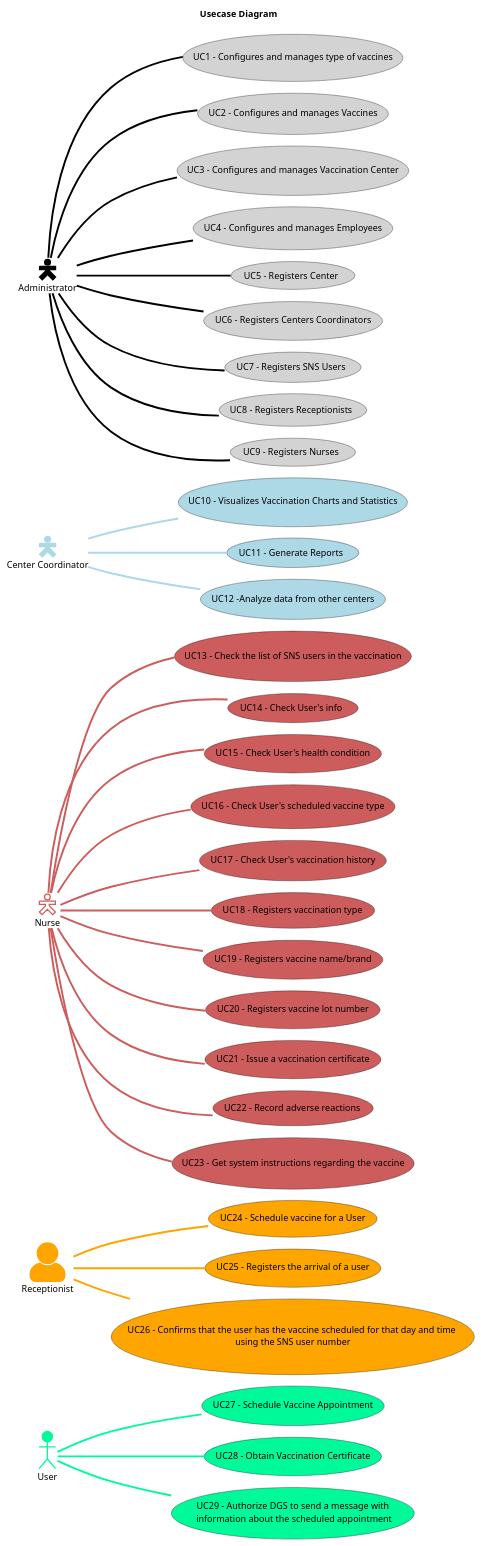
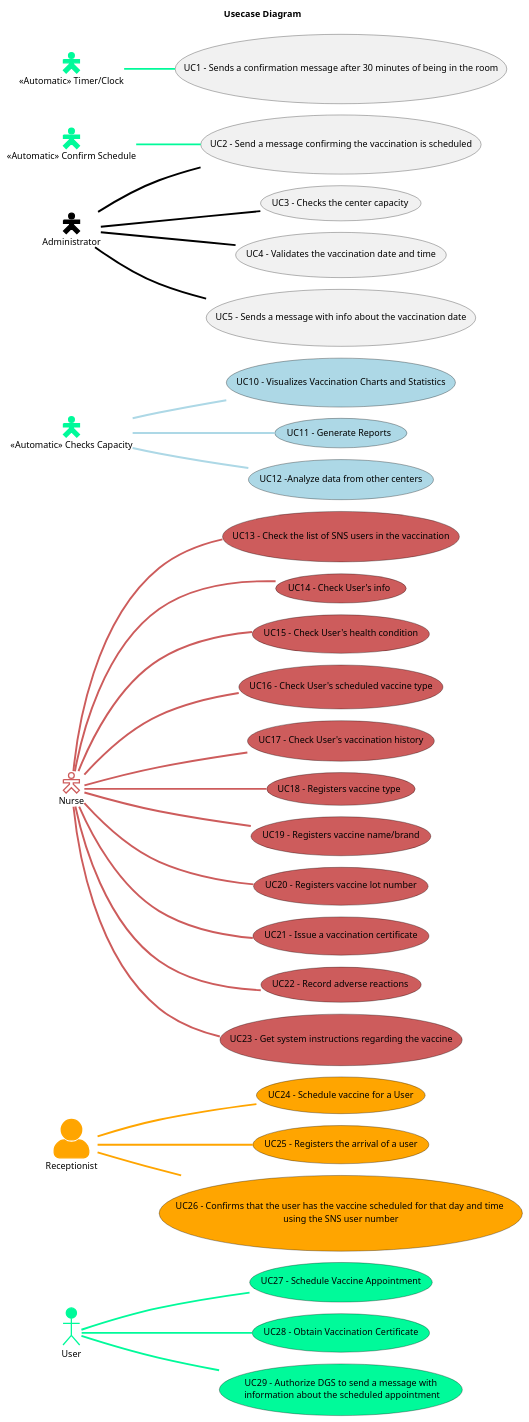
Before and after one commit to Pirussa/lei-22-s2-1da-g02: the diagram in docs/SprintA/UCD.puml, drawn with PlantUML. The commit also changed 1 other file, not shown here.

Commit message:
Editing UCD, adding System

```diff
--- a/docs/SprintA/UCD.puml
+++ b/docs/SprintA/UCD.puml
@@ -1,106 +1,105 @@
 @startuml
 'https://plantuml.com/use-case-diagram
 !pragma layout smetana
 
 left to right direction
 title Usecase Diagram
 skinparam titleBorderRoundCorner 20
 skinparam titleBorderThickness 2
 skinparam arrowThickness 3
 
 '**********User*************
 Usecase UC27 as "UC27 - Schedule Vaccine Appointment" #mediumSpringGreen;line:black
 Usecase UC28 as "UC28 - Obtain Vaccination Certificate" #mediumSpringGreen;line:black
 Usecase UC29 as "UC29 - Authorize DGS to send a message with\n information about the scheduled appointment" #mediumSpringGreen;line:black
 
 :User: as U #mediumSpringGreen;line:mediumSpringGreen
 
 U -d- UC27 #mediumSpringGreen
 U -d- UC28 #mediumSpringGreen
 U -d- UC29 #mediumSpringGreen
 
 
 skinparam actorStyle awesome
 
 
 '**********Recepcionist*************
 Usecase UC24 as "UC24 - Schedule vaccine for a User" #orange;line:black
 Usecase UC25 as "UC25 - Registers the arrival of a user" #orange;line:black
 Usecase UC26 as "UC26 - Confirms that the user has the vaccine scheduled for that day and time \n using the SNS user number "  #orange;line:black
 
 :Receptionist: as R #orange;line:orange
 R -d- UC24 #orange;line:orange
 R -d- UC25  #orange;line:orange
 R -d- UC26  #orange;line:orange
 
 
 
 skinparam actorStyle Hollow
 '**********Nurse*************
 Usecase UC13 as "UC13 - Check the list of SNS users in the vaccination"  #indianRed;line:black
 Usecase UC14 as "UC14 - Check User's info" #indianRed;line:black
 Usecase UC15 as "UC15 - Check User's health condition" #indianRed;line:black
 Usecase UC16 as "UC16 - Check User's scheduled vaccine type" #indianRed;line:black
 Usecase UC17 as "UC17 - Check User's vaccination history" #indianRed;line:black
-Usecase UC18 as "UC18 - Registers vaccination type" #indianRed;line:black
+Usecase UC18 as "UC18 - Registers vaccine type" #indianRed;line:black
 Usecase UC19 as "UC19 - Registers vaccine name/brand" #indianRed;line:black
 Usecase UC20 as "UC20 - Registers vaccine lot number" #indianRed;line:black
 Usecase UC21 as "UC21 - Issue a vaccination certificate" #indianRed;line:black
 Usecase UC22 as "UC22 - Record adverse reactions" #indianRed;line:black
 Usecase UC23 as "UC23 - Get system instructions regarding the vaccine" #indianRed;line:black
 
 :Nurse: as N #white;line:indianRed
 N -d- UC13 #indianRed
 N -d- UC14 #indianRed
 N -d- UC15 #indianRed
 N -d- UC16 #indianRed
 N -d- UC17 #indianRed
 N -d- UC18 #indianRed
 N -d- UC19 #indianRed
 N -d- UC20 #indianRed
 N -d- UC21 #indianRed
 N -d- UC22 #indianRed
 N -d- UC23 #indianRed
 
 
 
 '**********Center Coordinator*************
 Usecase UC10 as "UC10 - Visualizes Vaccination Charts and Statistics" #lightblue;line:black
 Usecase UC11 as "UC11 - Generate Reports" #lightblue;line:black
 Usecase UC12 as "UC12 -Analyze data from other centers" #lightblue;line:black
 
 :Center Coordinator: as CC #lightblue;line:lightblue;
 CC -d- UC10 #lightblue;line:lightblue
 CC -d- UC11 #lightblue;line:lightblue
 CC -d- UC12 #lightblue;line:lightblue
 
 
 '**********ADMINISTRATOR*************
-Usecase UC1 as "UC1 - Configures and manages type of vaccines"   #lightgrey;line:black
-Usecase UC2 as "UC2 - Configures and manages Vaccines"  #lightgrey;line:black
-Usecase UC3 as "UC3 - Configures and manages Vaccination Center"   #lightgrey;line:black
-Usecase UC4 as "UC4 - Configures and manages Employees"  #lightgrey;line:black
-Usecase UC5 as "UC5 - Registers Center" #lightgrey;line:black
-Usecase UC6 as "UC6 - Registers Centers Coordinators" #lightgrey;line:black
-Usecase UC7 as "UC7 - Registers SNS Users" #lightgrey;line:black
-Usecase UC8 as "UC8 - Registers Receptionists" #lightgrey;line:black
-Usecase UC9 as "UC9 - Registers Nurses" #lightgrey;line:black
+Usecase UC2 as "UC2 - Configures and manages type of vaccines"   #lightgrey;line:black
+Usecase UC3 as "UC3 - Configures and manages Vaccines"  #lightgrey;line:black
+Usecase UC4 as "UC4 - Configures and manages Vaccination Center"   #lightgrey;line:black
+Usecase UC5 as "UC5 - Configures and manages Employees"  #lightgrey;line:black
 
 
 :Administrator: as A #black;line:black
-A -d- UC1 #black;line:black
+
 A -d- UC2 #black;line:black
 A -d- UC3 #black;line:black
 A -d- UC4 #black;line:black
 A -d- UC5 #black;line:black
-A -d- UC6 #black;line:black
-A -d- UC7 #black;line:black
-A -d- UC8 #black;line:black
-A -d- UC9 #black;line:black
 
+'**********System*************
+Usecase UC1 as "UC1 - Sends a confirmation message after 30 minutes of being in the room"
+Usecase UC2 as "UC2 - Send a message confirming the vaccination is scheduled"
+Usecase UC3 as "UC3 - Checks the center capacity"
+Usecase UC4 as "UC4 - Validates the vaccination date and time"
+Usecase UC5 as "UC5 - Sends a message with info about the vaccination date"
+:<<Automatic>> Timer/Clock: as TC #mediumSpringGreen;line:mediumSpringGreen
+:<<Automatic>> Confirm Schedule: as CS #mediumSpringGreen;line:mediumSpringGreen
+:<<Automatic>> Checks Capacity: as CC #mediumSpringGreen;line:mediumSpringGreen
 
-'**********User*************
-
-
+TC -d- UC1 #mediumSpringGreen
+CS -d- UC2 #mediumSpringGreen
 
 @enduml
```
